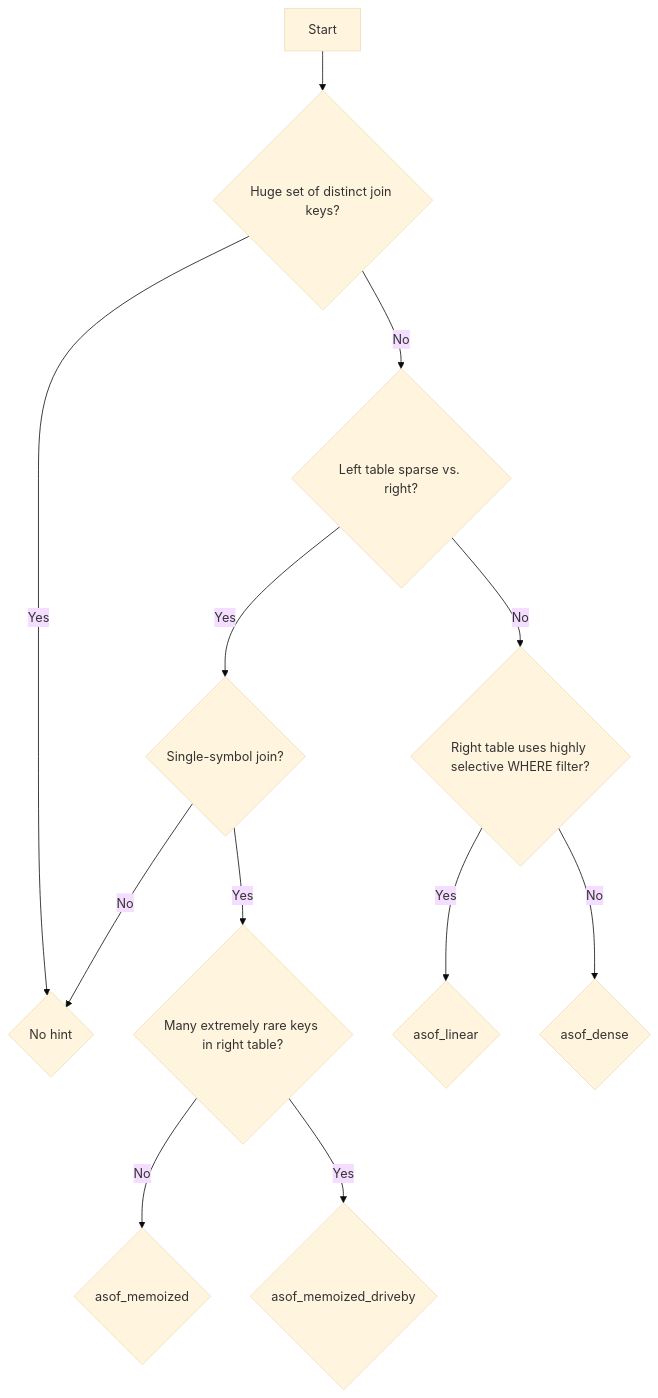
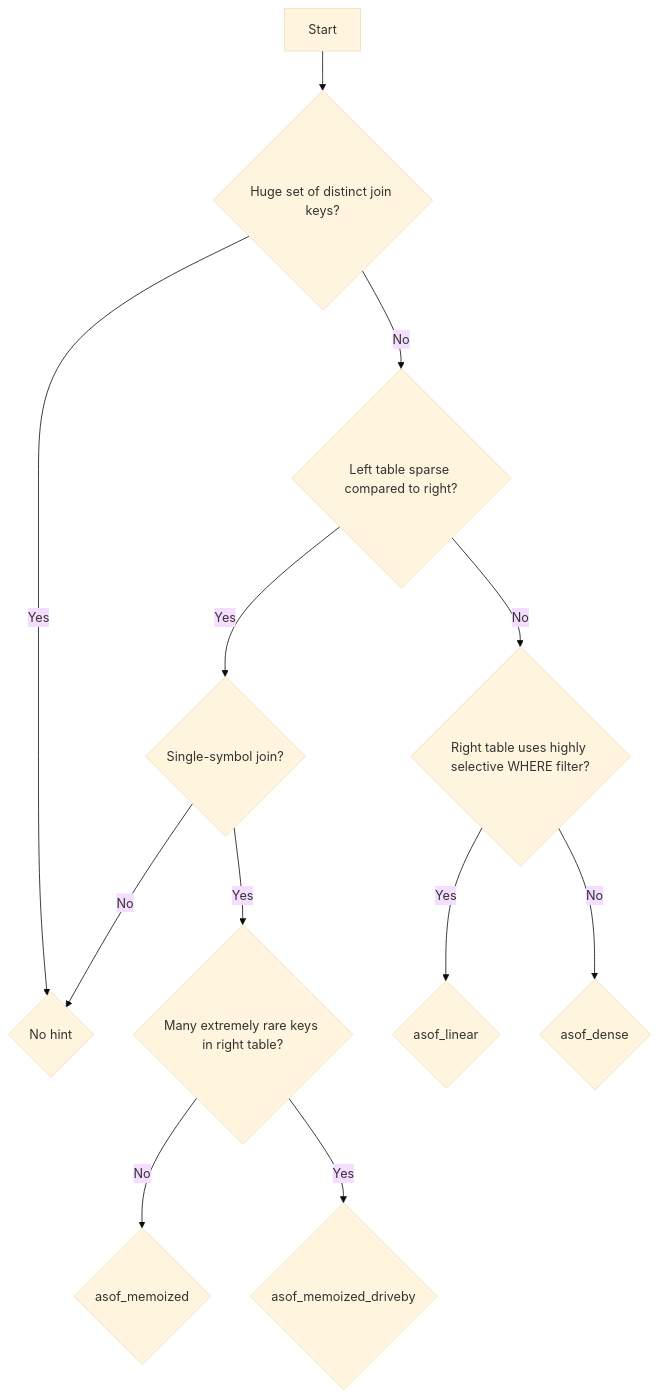
Before and after one commit to questdb/documentation: the diagram in documentation/concept/sql-optimizer-hints.md, drawn with Mermaid (base theme).

Commit message:
Touch up decision tree

````diff
--- a/documentation/concept/sql-optimizer-hints.md
+++ b/documentation/concept/sql-optimizer-hints.md
@@ -78,14 +78,14 @@
 ```mermaid
 graph TD
     A[Start] --> Q1{Huge set of distinct join keys?}
     Q1 --> |Yes| FAST{No hint}
-    Q1 --> |No| Q2{Left table sparse vs. right?}
+    Q1 --> |No| Q2{Left table sparse compared to right?}
     Q2 --> |Yes| Q3{Single-symbol join?}
     Q2 --> |No| Q4{Right table uses highly selective WHERE filter?}
     Q3 --> |Yes| Q5{Many extremely rare keys in right table?}
     Q3 --> |No| FAST
     Q4 --> |Yes| LIGHT{asof_linear}
     Q4 --> |No| DENSE{asof_dense}
     Q5 --> |No| MEMOIZED{asof_memoized}
     Q5 --> |Yes| MEMOIZED_DRIVEBY{asof_memoized_driveby}
 ```
````
